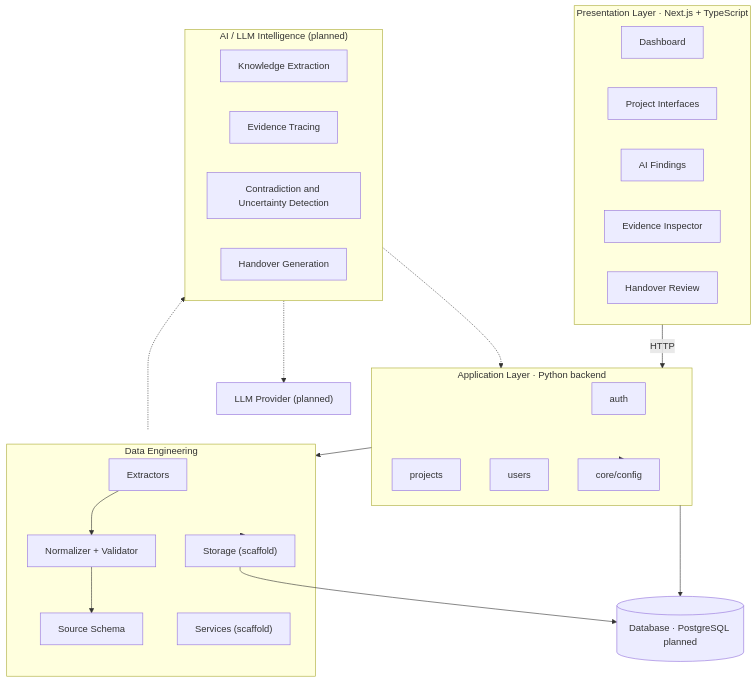
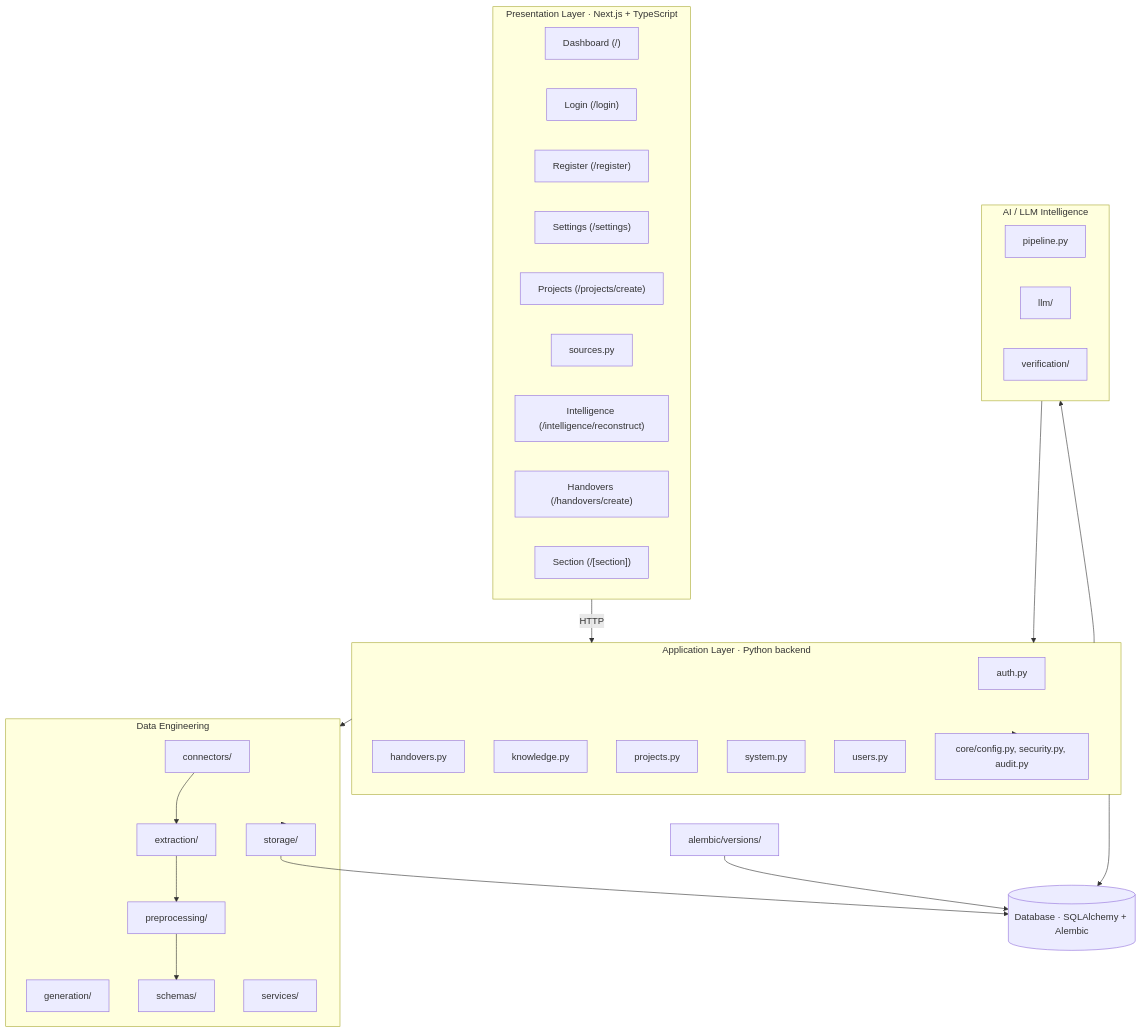
Before and after one commit to Terminella/HandoverOS: the first of 2 diagrams in README.md, drawn with Mermaid. The commit also changed other lines of this file, not shown here.

Commit message:
docs: update README with current project architecture

````diff
--- a/README.md
+++ b/README.md
@@ -157,46 +157,57 @@
 ```mermaid
 flowchart TB
     subgraph UI["Presentation Layer · Next.js + TypeScript"]
-        DASH["Dashboard"]
-        PROJ["Project Interfaces"]
-        FIND["AI Findings"]
-        EVID["Evidence Inspector"]
-        REV["Handover Review"]
+        DASH["Dashboard (/)"]
+        LOGIN["Login (/login)"]
+        REG["Register (/register)"]
+        SETT["Settings (/settings)"]
+        PROJ["Projects (/projects/create)"]
+        SRC["Sources (/sources/upload)"]
+        INT["Intelligence (/intelligence/reconstruct)"]
+        HAND["Handovers (/handovers/create)"]
+        SEC["Section (/[section])"]
     end
 
     subgraph API["Application Layer · Python backend"]
-        AUTH["auth"]
-        PRJ["projects"]
-        USR["users"]
-        CORE["core/config"]
+        AUTH["auth.py"]
+        HAN["handovers.py"]
+        KNO["knowledge.py"]
+        PRJ["projects.py"]
+        SRC["sources.py"]
+        SYS["system.py"]
+        USR["users.py"]
+        CORE["core/config.py, security.py, audit.py"]
     end
 
     subgraph DE["Data Engineering"]
-        EXT["Extractors"]
-        PRE["Normalizer + Validator"]
-        SCH["Source Schema"]
-        SVC["Services (scaffold)"]
-        STO["Storage (scaffold)"]
+        CONN["connectors/"]
+        EXT["extractors/"]
+        GEN["generators/"]
+        PRE["preprocessing/"]
+        SCH["schemas/"]
+        SVC["services/"]
+        STO["storage/"]
     end
 
-    subgraph AI["AI / LLM Intelligence (planned)"]
-        KE["Knowledge Extraction"]
-        ET["Evidence Tracing"]
-        CD["Contradiction and Uncertainty Detection"]
-        HG["Handover Generation"]
+    subgraph AI["AI / LLM Intelligence"]
+        PIPE["pipeline.py"]
+        EXT["extraction/"]
+        GEN["generation/"]
+        LLM["llm/"]
+        VER["verification/"]
     end
 
-    DB[("Database · PostgreSQL planned")]
-    LLM["LLM Provider (planned)"]
+    DB[("Database · SQLAlchemy + Alembic")]
+    MIG["alembic/versions/"]
 
     UI -->|HTTP| API
     API --> CORE
     API --> DE
-    EXT --> PRE --> SCH
+    API --> AI
+    CONN --> EXT --> PRE --> SCH
     DE --> STO
     STO --> DB
     API --> DB
-    DE -.-> AI
-    AI -.-> API
-    AI -.-> LLM
+    MIG --> DB
+    AI --> API
 ```
````
